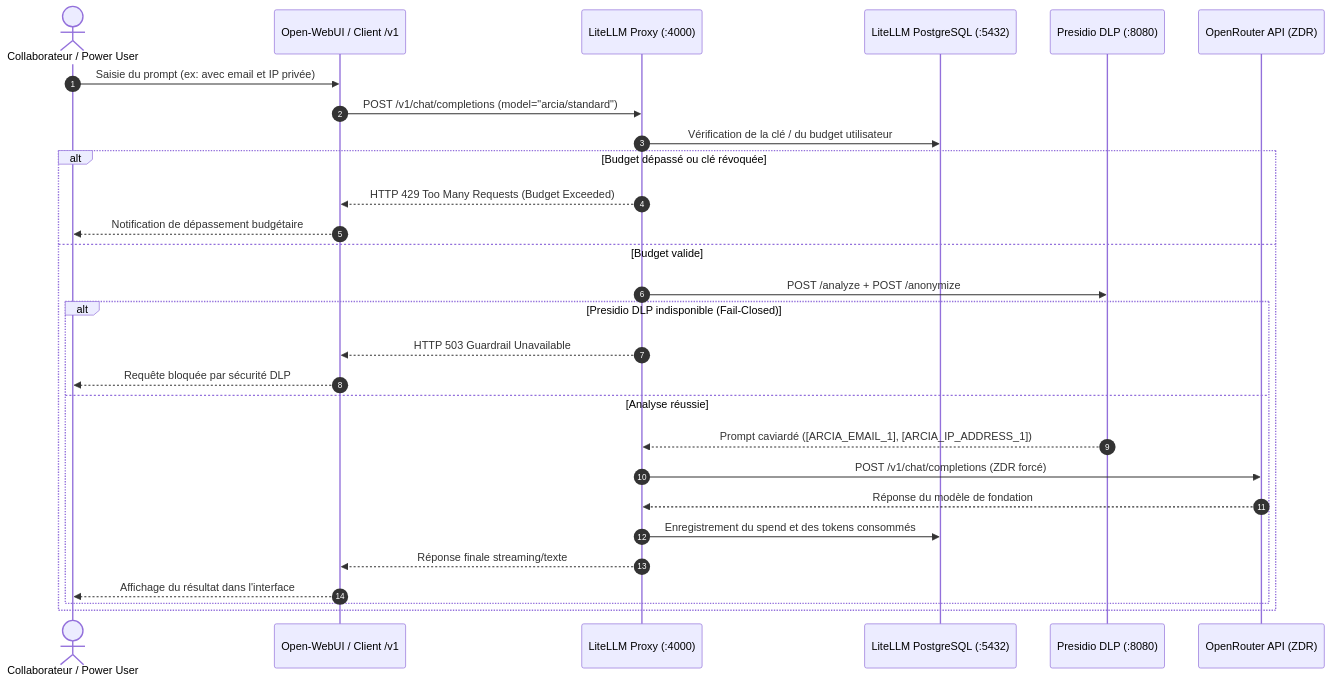
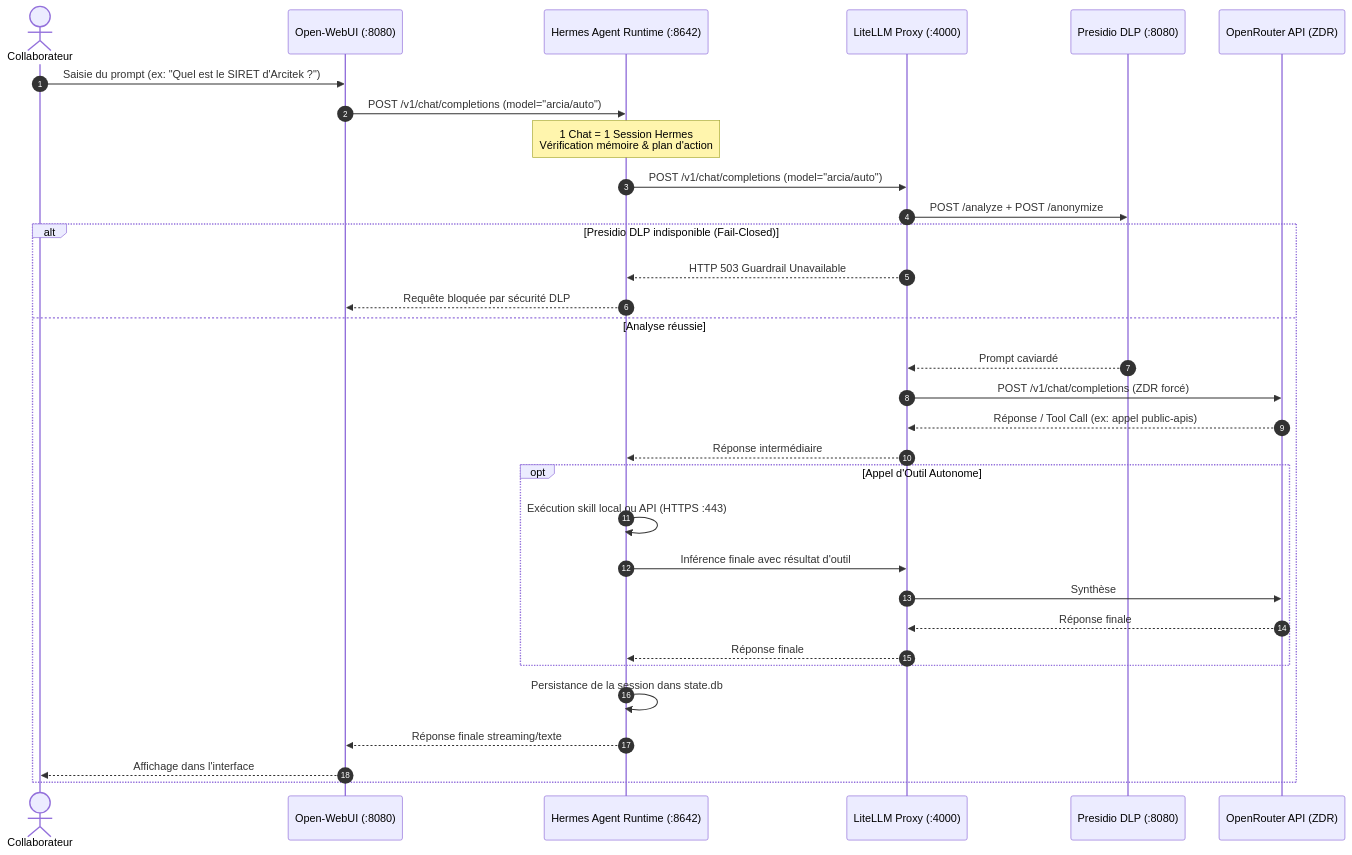
One commit to nicolastheuil/ArcIA changed the second of 2 diagrams in docs/guides/chaine-de-routage.md. Above: the diagram before and after it, drawn with Mermaid. The commit also changed other lines of this file and 10 other files, not shown here.

Commit message:
feat(routing): enforce exclusive Hermes Agent routing for Open-WebUI with arcia/free, auto, expert and document customization

````diff
--- a/docs/guides/chaine-de-routage.md
+++ b/docs/guides/chaine-de-routage.md
@@ -92,32 +98,39 @@
 ```mermaid
 sequenceDiagram
     autonumber
-    actor User as Collaborateur / Power User
-    participant Front as Open-WebUI / Client /v1
+    actor User as Collaborateur
+    participant Front as Open-WebUI (:8080)
+    participant Hermes as Hermes Agent Runtime (:8642)
     participant Gateway as LiteLLM Proxy (:4000)
-    participant DB as LiteLLM PostgreSQL (:5432)
     participant DLP as Presidio DLP (:8080)
     participant Cloud as OpenRouter API (ZDR)
 
-    User->>Front: Saisie du prompt (ex: avec email et IP privée)
-    Front->>Gateway: POST /v1/chat/completions (model="arcia/standard")
+    User->>Front: Saisie du prompt (ex: "Quel est le SIRET d'Arcitek ?")
+    Front->>Hermes: POST /v1/chat/completions (model="arcia/auto")
     
-    Gateway->>DB: Vérification de la clé / du budget utilisateur
-    alt Budget dépassé ou clé révoquée
-        Gateway-->>Front: HTTP 429 Too Many Requests (Budget Exceeded)
-        Front-->>User: Notification de dépassement budgétaire
-    else Budget valide
-        Gateway->>DLP: POST /analyze + POST /anonymize
-        alt Presidio DLP indisponible (Fail-Closed)
-            Gateway-->>Front: HTTP 503 Guardrail Unavailable
-            Front-->>User: Requête bloquée par sécurité DLP
-        else Analyse réussie
-            DLP-->>Gateway: Prompt caviardé ([ARCIA_EMAIL_1], [ARCIA_IP_ADDRESS_1])
-            Gateway->>Cloud: POST /v1/chat/completions (ZDR forcé)
-            Cloud-->>Gateway: Réponse du modèle de fondation
-            Gateway->>DB: Enregistrement du spend et des tokens consommés
-            Gateway-->>Front: Réponse finale streaming/texte
-            Front-->>User: Affichage du résultat dans l'interface
+    Note over Hermes: 1 Chat = 1 Session Hermes<br/>Vérification mémoire & plan d'action
+    Hermes->>Gateway: POST /v1/chat/completions (model="arcia/auto")
+    
+    Gateway->>DLP: POST /analyze + POST /anonymize
+    alt Presidio DLP indisponible (Fail-Closed)
+        Gateway-->>Hermes: HTTP 503 Guardrail Unavailable
+        Hermes-->>Front: Requête bloquée par sécurité DLP
+    else Analyse réussie
+        DLP-->>Gateway: Prompt caviardé
+        Gateway->>Cloud: POST /v1/chat/completions (ZDR forcé)
+        Cloud-->>Gateway: Réponse / Tool Call (ex: appel public-apis)
+        Gateway-->>Hermes: Réponse intermédiaire
+        
+        opt Appel d'Outil Autonome
+            Hermes->>Hermes: Exécution skill local ou API (HTTPS :443)
+            Hermes->>Gateway: Inférence finale avec résultat d'outil
+            Gateway->>Cloud: Synthèse
+            Cloud-->>Gateway: Réponse finale
+            Gateway-->>Hermes: Réponse finale
         end
+        
+        Hermes->>Hermes: Persistance de la session dans state.db
+        Hermes-->>Front: Réponse finale streaming/texte
+        Front-->>User: Affichage dans l'interface
     end
 ```
````
